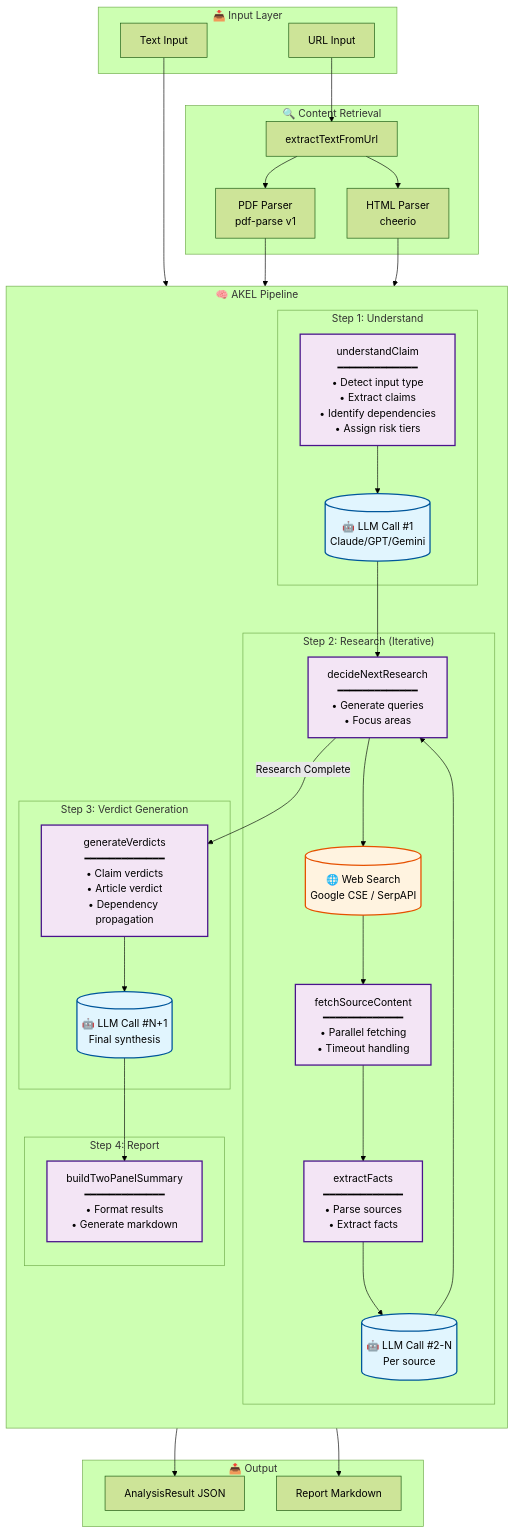
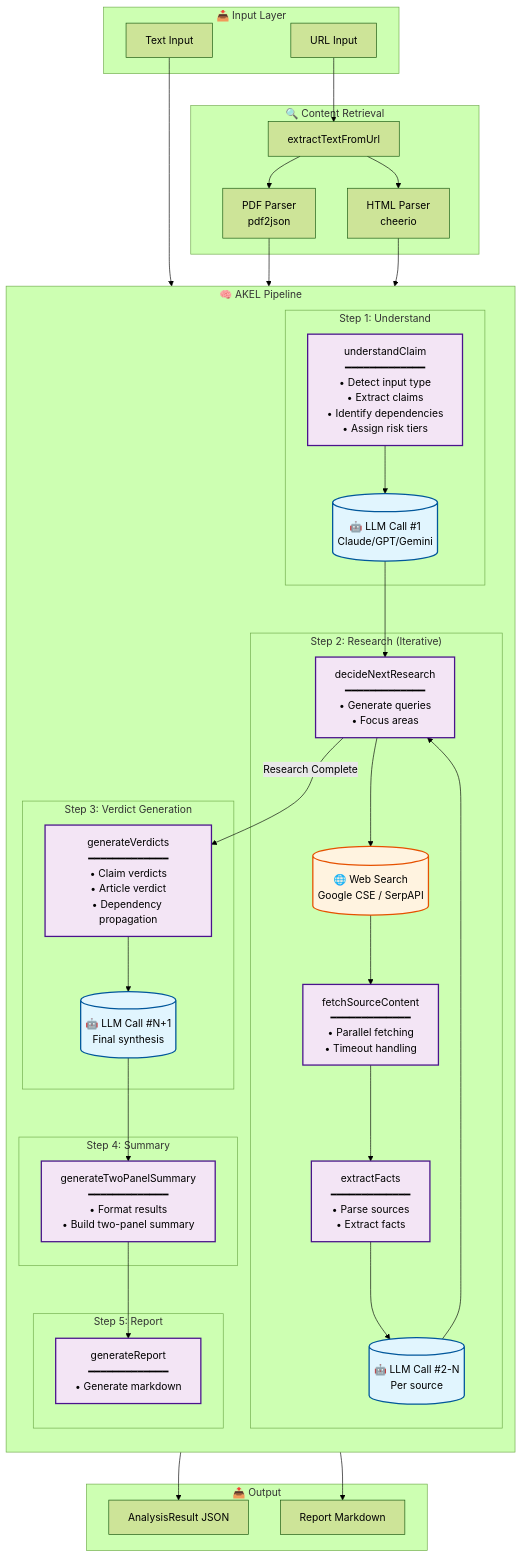
Before and after one commit to robertschaub/FactHarbor: the first of 8 diagrams in Docs/FactHarbor POC1 Architecture Analysis.md, drawn with Mermaid (forest theme). The commit also changed other lines of this file and 6 other files, not shown here.

````diff
--- a/Docs/FactHarbor POC1 Architecture Analysis.md
+++ b/Docs/FactHarbor POC1 Architecture Analysis.md
@@ -17,7 +18,7 @@
 
     subgraph Retrieval["🔍 Content Retrieval"]
         FETCH[extractTextFromUrl]
-        PDF[PDF Parser<br/>pdf-parse v1]
+        PDF[PDF Parser<br/>pdf2json]
         HTML[HTML Parser<br/>cheerio]
     end
 
@@ -45,8 +46,12 @@
             LLM3[("🤖 LLM Call #N+1<br/>Final synthesis")]
         end
 
-        subgraph Step4["Step 4: Report"]
-            REPORT[buildTwoPanelSummary<br/>━━━━━━━━━━━━━<br/>• Format results<br/>• Generate markdown]
+        subgraph Step4["Step 4: Summary"]
+            SUMMARY[generateTwoPanelSummary<br/>━━━━━━━━━━━━━<br/>• Format results<br/>• Build two-panel summary]
+        end
+
+        subgraph Step5["Step 5: Report"]
+            REPORT[generateReport<br/>━━━━━━━━━━━━━<br/>• Generate markdown]
         end
     end
 
@@ -74,7 +79,8 @@
 
     DECIDE -->|"Research Complete"| VERDICT
     VERDICT --> LLM3
-    LLM3 --> REPORT
+    LLM3 --> SUMMARY
+    SUMMARY --> REPORT
 
     REPORT --> RESULT
     REPORT --> MARKDOWN
@@ -86,5 +92,5 @@
 
     class LLM1,LLM2,LLM3 llm
     class SEARCH search
-    class UNDERSTAND,DECIDE,FETCHSRC,EXTRACT,VERDICT,REPORT step
+    class UNDERSTAND,DECIDE,FETCHSRC,EXTRACT,VERDICT,SUMMARY,REPORT step
 ```
````
